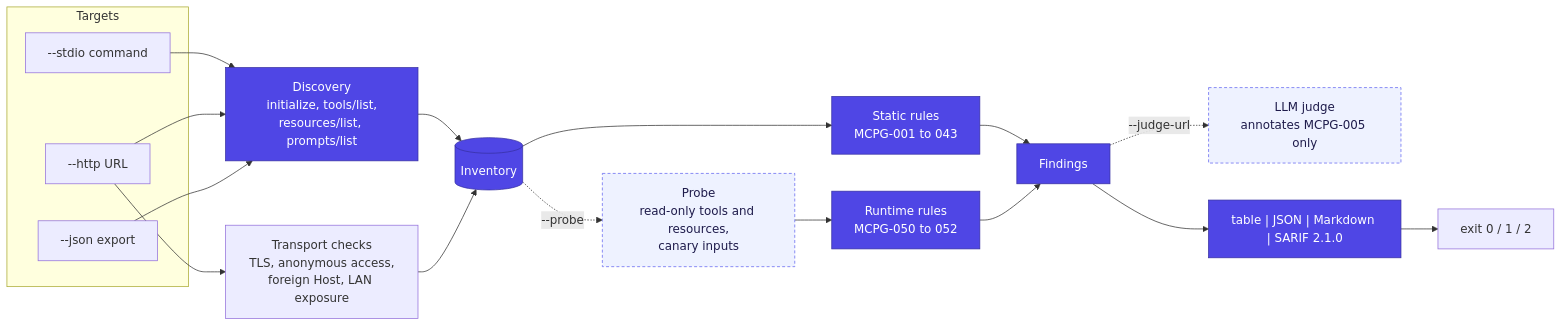
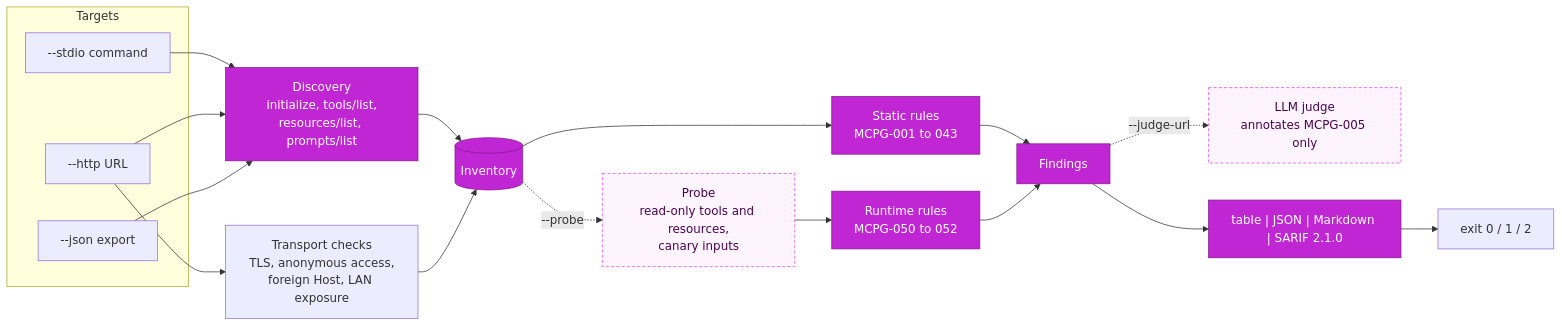
One commit to actions-marketplace-validations/diegoperezg7_mcp-guard changed the diagram in README.md. Above: the diagram before and after it, drawn with Mermaid. The commit also changed other lines of this file and 31 other files, not shown here.

````diff
--- a/README.md
+++ b/README.md
@@ -100,25 +95,25 @@
 ```mermaid
 flowchart LR
   subgraph Targets
     A["--stdio command"]
     B["--http URL"]
     C["--json export"]
   end
   A & B & C --> D["Discovery<br/>initialize, tools/list,<br/>resources/list, prompts/list"]
   B --> T["Transport checks<br/>TLS, anonymous access,<br/>foreign Host, LAN exposure"]
   D --> I[("Inventory")]
   T --> I
   I --> R["Static rules<br/>MCPG-001 to 043"]
   I -. "--probe" .-> P["Probe<br/>read-only tools and resources,<br/>canary inputs"]
   P --> R2["Runtime rules<br/>MCPG-050 to 052"]
   R --> F["Findings"]
   R2 --> F
   F -. "--judge-url" .-> J["LLM judge<br/>annotates MCPG-005 only"]
   F --> O["table | JSON | Markdown | SARIF 2.1.0"]
   O --> X["exit 0 / 1 / 2"]
 
-  classDef core fill:#4f46e5,stroke:#3730a3,color:#ffffff
-  classDef opt fill:#eef2ff,stroke:#6366f1,color:#1e1b4b,stroke-dasharray: 4 3
+  classDef core fill:#c026d3,stroke:#86198f,color:#ffffff
+  classDef opt fill:#fdf4ff,stroke:#d946ef,color:#4a044e,stroke-dasharray: 4 3
   class D,I,R,R2,F,O core
   class P,J opt
 ```
````
